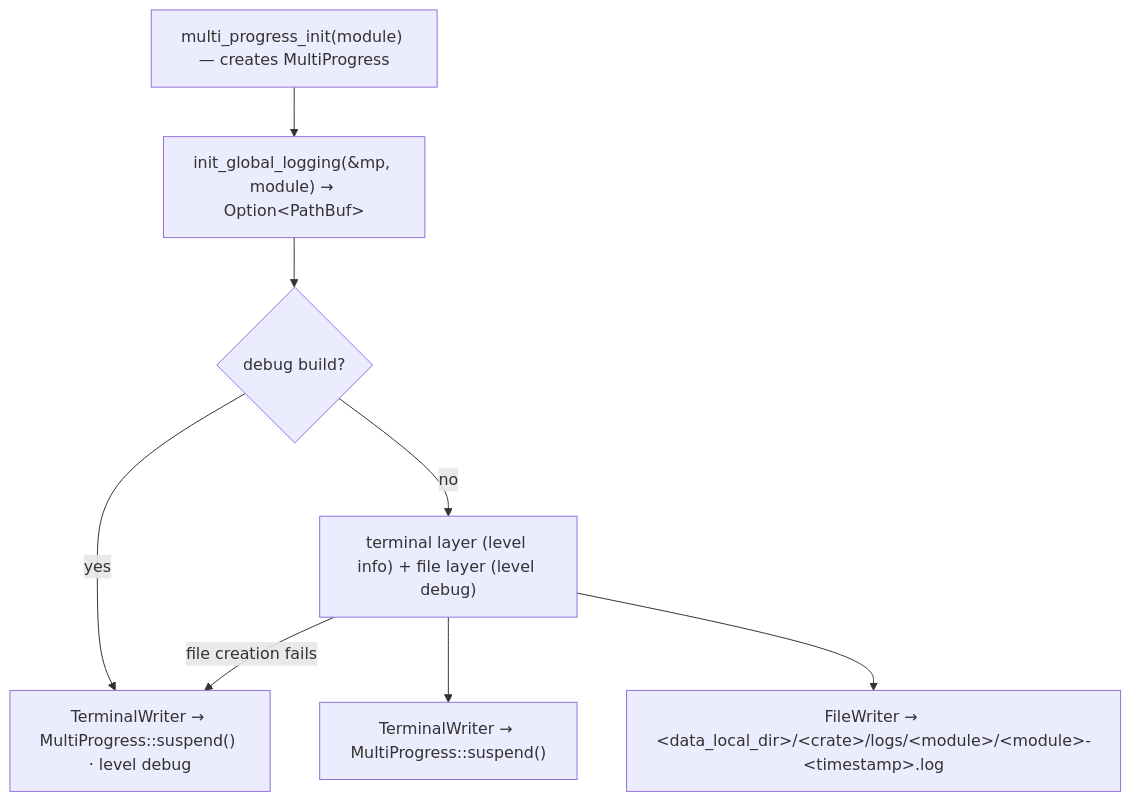
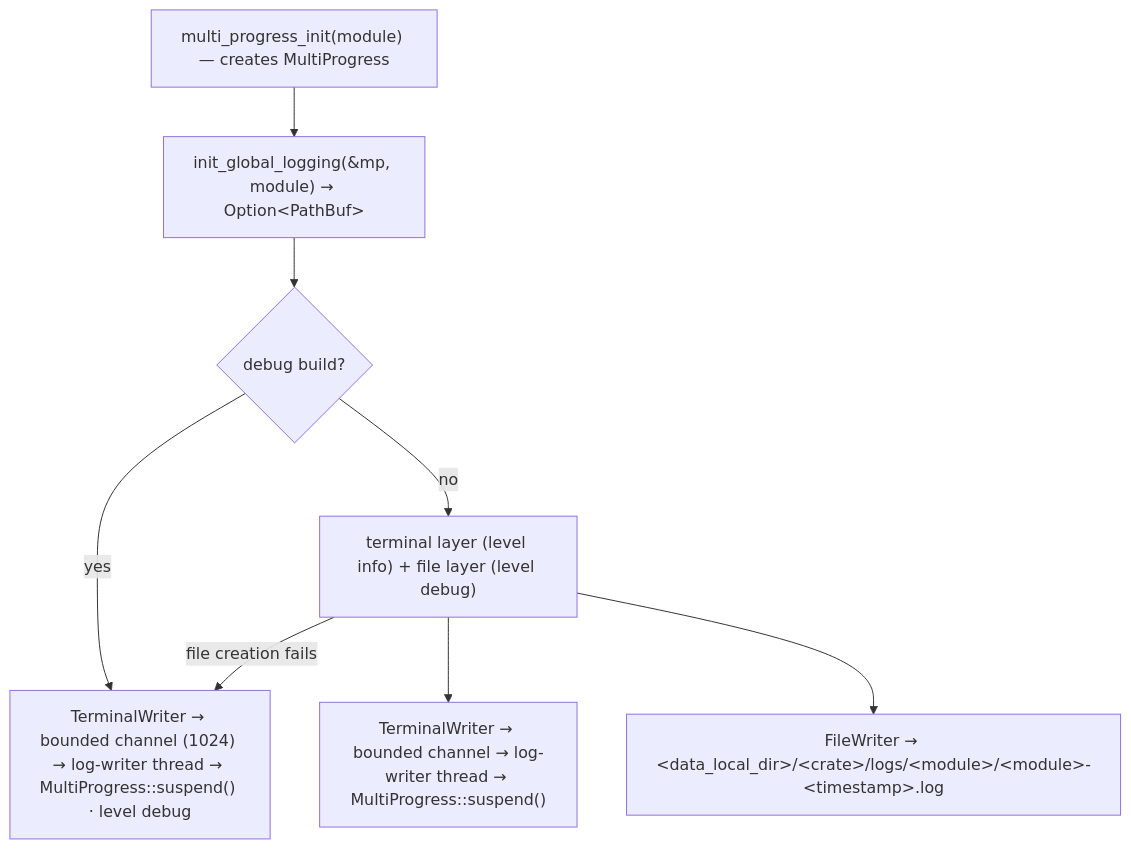
Before and after one commit to WaterBall20/water_ball_tool: the ninth of 9 diagrams in ARCHITECTURE.md, drawn with Mermaid. The commit also changed other lines of this file and 63 other files, not shown here.

````diff
--- a/ARCHITECTURE.md
+++ b/ARCHITECTURE.md
@@ -1017,10 +1117,10 @@
 ```mermaid
 flowchart TD
     MP["multi_progress_init(module) — creates MultiProgress"] --> INIT["init_global_logging(&mp, module) → Option&lt;PathBuf&gt;"]
     INIT --> DBG{"debug build?"}
-    DBG -->|yes| TERM["TerminalWriter → MultiProgress::suspend() · level debug"]
+    DBG -->|yes| TERM["TerminalWriter → bounded channel (1024) → log-writer thread → MultiProgress::suspend() · level debug"]
     DBG -->|no| SPLIT["terminal layer (level info) + file layer (level debug)"]
-    SPLIT --> TW["TerminalWriter → MultiProgress::suspend()"]
+    SPLIT --> TW["TerminalWriter → bounded channel → log-writer thread → MultiProgress::suspend()"]
     SPLIT --> FW["FileWriter → &lt;data_local_dir&gt;/&lt;crate&gt;/logs/&lt;module&gt;/&lt;module&gt;-&lt;timestamp&gt;.log"]
     SPLIT -->|file creation fails| TERM
 ```
````
